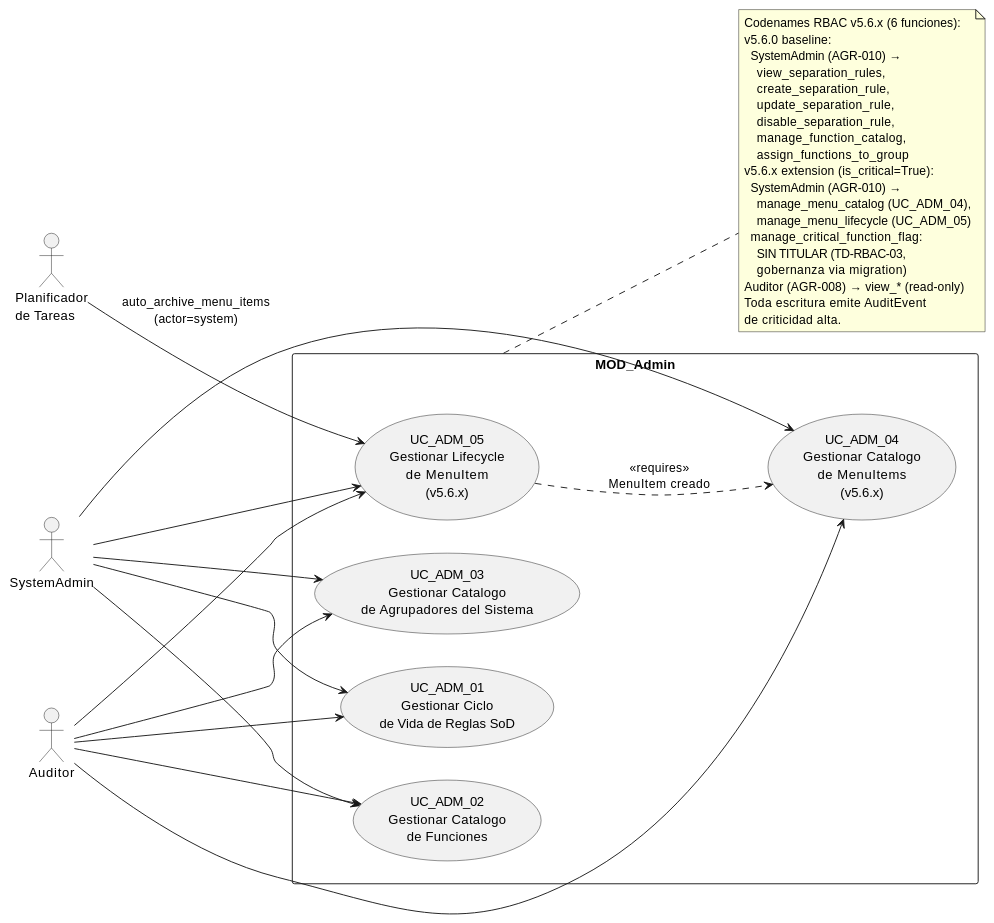
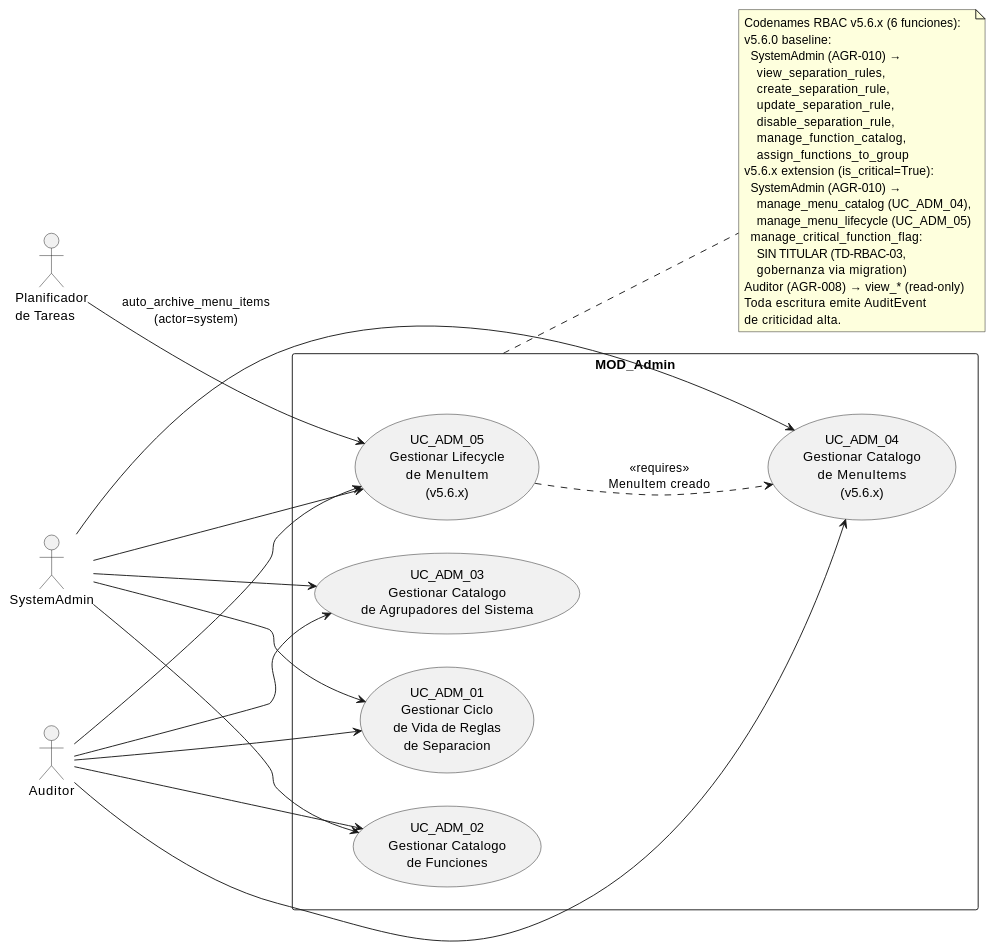
One commit to jcg-admin/IACT-docs changed the diagram in source/arquitectura-tecnica/use-case-view/admin/index.rst. Above: the diagram before and after it, drawn with PlantUML. The commit also changed other lines of this file and 1 other file, not shown here.

First line of the commit message:
Rename uc-adm-01 file and update admin cluster refs

```diff
--- a/source/arquitectura-tecnica/use-case-view/admin/index.rst
+++ b/source/arquitectura-tecnica/use-case-view/admin/index.rst
@@ -48,59 +48,59 @@
 .. uml::
  :caption: MOD_Admin v5.6.x — SystemAdmin gestiona 5 catalogos
            del modelo RBAC. UC_ADM_04 y UC_ADM_05 son extension
            v5.6.x para el catalogo UX persistido (MenuItem).
 
  @startuml
  left to right direction
 
  actor SystemAdmin
  actor Auditor
  actor "Planificador\nde Tareas" as PlanificadorTareas
 
  rectangle "MOD_Admin" {
-   usecase "UC_ADM_01\nGestionar Ciclo\nde Vida de Reglas SoD" as ADM01
+   usecase "UC_ADM_01\nGestionar Ciclo\nde Vida de Reglas\nde Separacion" as ADM01
    usecase "UC_ADM_02\nGestionar Catalogo\nde Funciones" as ADM02
    usecase "UC_ADM_03\nGestionar Catalogo\nde Agrupadores del Sistema" as ADM03
    usecase "UC_ADM_04\nGestionar Catalogo\nde MenuItems\n(v5.6.x)" as ADM04
    usecase "UC_ADM_05\nGestionar Lifecycle\nde MenuItem\n(v5.6.x)" as ADM05
  }
 
  SystemAdmin --> ADM01
  SystemAdmin --> ADM02
  SystemAdmin --> ADM03
  SystemAdmin --> ADM04
  SystemAdmin --> ADM05
 
  Auditor --> ADM01
  Auditor --> ADM02
  Auditor --> ADM03
  Auditor --> ADM04
  Auditor --> ADM05
 
  PlanificadorTareas --> ADM05 : auto_archive_menu_items\n(actor=system)
 
  ADM05 ..> ADM04 : <<requires>>\nMenuItem creado
 
  note right of MOD_Admin
    Codenames RBAC v5.6.x (6 funciones):
    v5.6.0 baseline:
      SystemAdmin (AGR-010) →
        view_separation_rules,
        create_separation_rule,
        update_separation_rule,
        disable_separation_rule,
        manage_function_catalog,
        assign_functions_to_group
    v5.6.x extension (is_critical=True):
      SystemAdmin (AGR-010) →
        manage_menu_catalog (UC_ADM_04),
        manage_menu_lifecycle (UC_ADM_05)
      manage_critical_function_flag:
        SIN TITULAR (TD-RBAC-03,
        gobernanza via migration)
    Auditor (AGR-008) → view_* (read-only)
    Toda escritura emite AuditEvent
    de criticidad alta.
  end note
 
  @enduml
```
